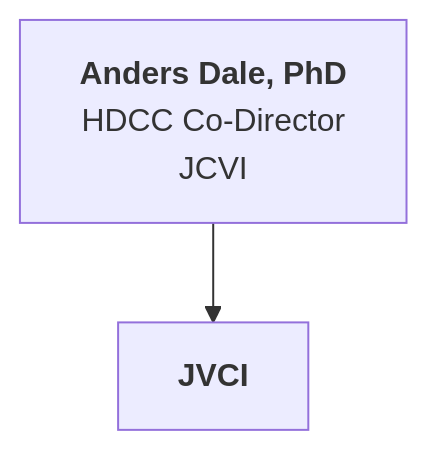
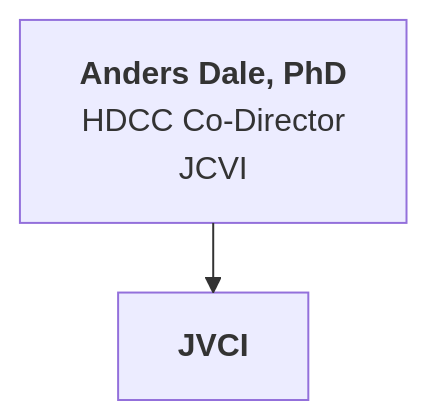
The second of 4 diagrams in docs/orgcharts_alt.md (DCAN-Labs/hbcd-docs-internal), drawn with Mermaid before and after one commit. The commit also changed 1 other file, not shown here.

````diff
--- a/docs/orgcharts_alt.md
+++ b/docs/orgcharts_alt.md
@@ -8,8 +8,8 @@
 ```mermaid
 ---
 config:
-  layout: dagre
+  layout: elk
 ---
 flowchart TB
     n2[<b>Anders Dale, PhD<br></b>HDCC Co-Director<br>JCVI] --> jvci[<b>JVCI</b>]
 ```
````
